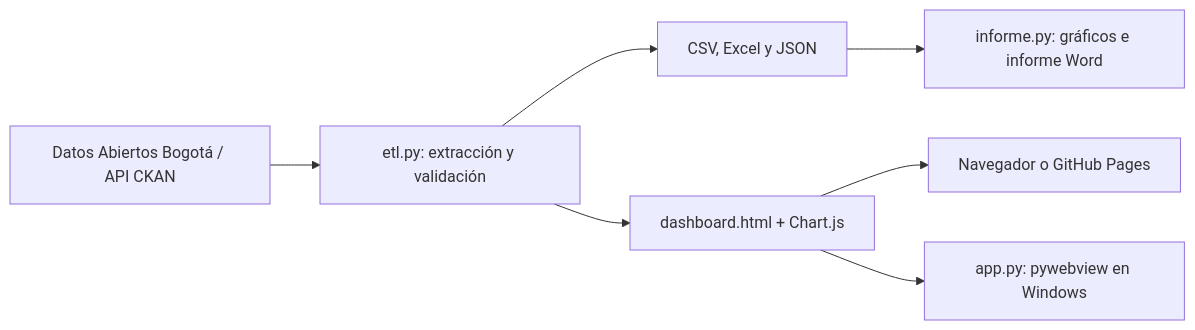
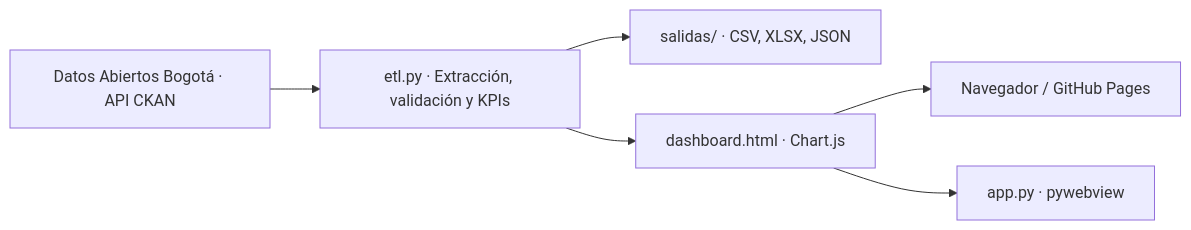
Before and after one commit to Codeforgeettttt/VacunaBI: the diagram in README.md, drawn with Mermaid. The commit also changed other lines of this file, not shown here.

````diff
--- a/README.md
+++ b/README.md
@@ -55,9 +33,8 @@
 ```mermaid
 flowchart LR
-    A[Datos Abiertos Bogotá / API CKAN] --> B[etl.py: extracción y validación]
-    B --> C[CSV, Excel y JSON]
-    B --> D[dashboard.html + Chart.js]
-    C --> E[informe.py: gráficos e informe Word]
-    D --> F[Navegador o GitHub Pages]
-    D --> G[app.py: pywebview en Windows]
+    API["Datos Abiertos Bogotá · API CKAN"] --> ETL["etl.py · Extracción, validación y KPIs"]
+    ETL --> DATA["salidas/ · CSV, XLSX, JSON"]
+    ETL --> WEB["dashboard.html · Chart.js"]
+    WEB --> BROWSER["Navegador / GitHub Pages"]
+    WEB --> DESKTOP["app.py · pywebview"]
 ```
````
